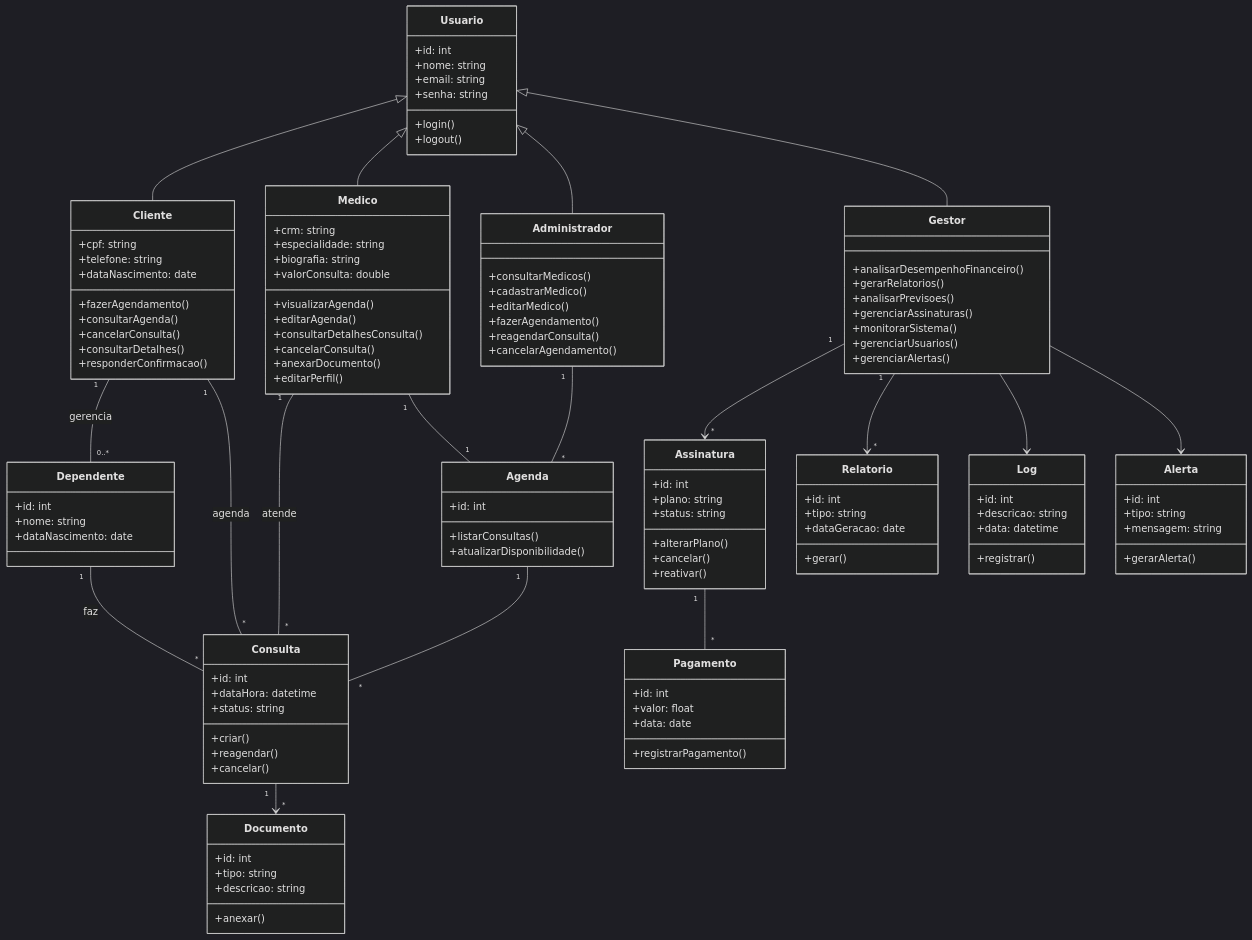
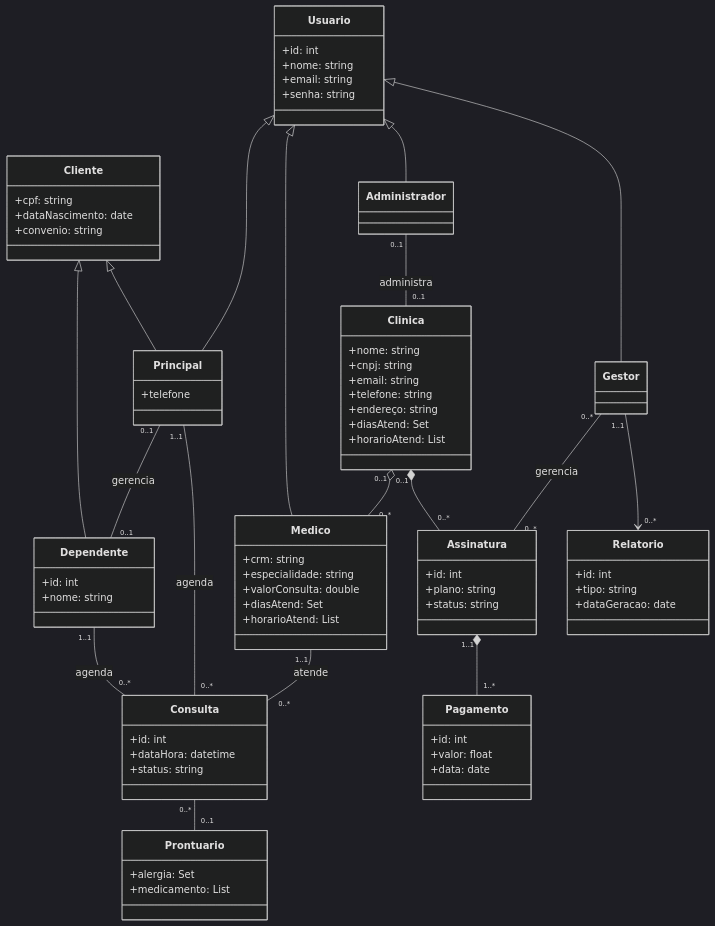
The second of 2 diagrams in README.md (InsaneCaio/eng-soft-2026-1), drawn with Mermaid (dark theme) before and after one commit. The commit also changed other lines of this file, not shown here.

Commit message:
troquei o diagrama de classes antigo pelo novo

````diff
--- a/README.md
+++ b/README.md
@@ -133,5 +133,20 @@
 ```mermaid
 classDiagram
+
+class Cliente {
+    +cpf: string
+    +dataNascimento: date
+    +convenio: string
+}
+
+class Dependente {
+    +id: int
+    +nome: string
+}
+
+Cliente <|-- Dependente
+Cliente <|-- Principal
+
 
 %% =======================
 %% USUÁRIOS (HERANÇA)
@@ -142,69 +157,58 @@
     +nome: string
     +email: string
     +senha: string
-    +login()
-    +logout()
 }
 
-class Cliente {
-    +cpf: string
-    +telefone: string
-    +dataNascimento: date
-    +fazerAgendamento()
-    +consultarAgenda()
-    +cancelarConsulta()
-    +consultarDetalhes()
-    +responderConfirmacao()
-}
-
-class Dependente {
-    +id: int
-    +nome: string
-    +dataNascimento: date
+class Principal {
+    +telefone
 }
 
 class Medico {
     +crm: string
     +especialidade: string
-    +biografia: string
     +valorConsulta: double
-    +visualizarAgenda()
-    +editarAgenda()
-    +consultarDetalhesConsulta()
-    +cancelarConsulta()
-    +anexarDocumento()
-    +editarPerfil()
+    +diasAtend: Set<string>
+    +horarioAtend: List<string>
 }
 
 class Administrador {
-    +consultarMedicos()
-    +cadastrarMedico()
-    +editarMedico()
-    +fazerAgendamento()
-    +reagendarConsulta()
-    +cancelarAgendamento()
 }
 
 class Gestor {
-    +analisarDesempenhoFinanceiro()
-    +gerarRelatorios()
-    +analisarPrevisoes()
-    +gerenciarAssinaturas()
-    +monitorarSistema()
-    +gerenciarUsuarios()
-    +gerenciarAlertas()
 }
 
-Usuario <|-- Cliente
+Usuario <|-- Principal
 Usuario <|-- Medico
 Usuario <|-- Administrador
 Usuario <|-- Gestor
 
 %% =======================
+%% CLIENTE (HERANÇA)
+%% =======================
+
+
+
+%% =======================
 %% RELAÇÃO PACIENTE - DEPENDENTE
 %% =======================
 
-Cliente "1" -- "0..*" Dependente : gerencia
+Principal "0..1" -- "0..1" Dependente : gerencia
+
+class Clinica{
+    +nome: string
+    +cnpj: string
+    +email: string
+    +telefone: string
+    +endereço: string
+    +diasAtend: Set<string>
+    +horarioAtend: List<string>
+}
+
+Administrador "0..1" -- "0..1" Clinica : administra
+Gestor "0..*" -- "0..*" Assinatura : gerencia
+Clinica "0..1" o-- "0..*" Medico
+Clinica "0..1" *-- "0..*" Assinatura
+
 
 %% =======================
 %% AGENDAMENTO
@@ -214,37 +218,24 @@
     +id: int
     +dataHora: datetime
     +status: string
-    +criar()
-    +reagendar()
-    +cancelar()
 }
 
-class Agenda {
-    +id: int
-    +listarConsultas()
-    +atualizarDisponibilidade()
+Principal "1..1" -- "0..*" Consulta : agenda
+Dependente "1..1" -- "0..*" Consulta : agenda
+Medico "1..1" -- "0..*" Consulta : atende
+
+%% =======================
+%% PRONTUÁRIO
+%% =======================
+
+class Prontuario {
+    +alergia: Set<string>
+    +medicamento: List<string>
 }
 
-Cliente "1" -- "*" Consulta : agenda
-Dependente "1" -- "*" Consulta : faz
-Medico "1" -- "*" Consulta : atende
+Consulta "0..*" -- "0..1" Prontuario
 
-Medico "1" -- "1" Agenda
-Administrador "1" -- "*" Agenda
-Agenda "1" -- "*" Consulta
 
-%% =======================
-%% DOCUMENTOS MÉDICOS
-%% =======================
-
-class Documento {
-    +id: int
-    +tipo: string
-    +descricao: string
-    +anexar()
-}
-
-Consulta "1" --> "*" Documento
 
 %% =======================
 %% ASSINATURA / FINANCEIRO
@@ -254,20 +245,15 @@
     +id: int
     +plano: string
     +status: string
-    +alterarPlano()
-    +cancelar()
-    +reativar()
 }
 
 class Pagamento {
     +id: int
     +valor: float
     +data: date
-    +registrarPagamento()
 }
 
-Assinatura "1" -- "*" Pagamento
-Gestor "1" --> "*" Assinatura
+Assinatura "1..1" *-- "1..*" Pagamento
 
 %% =======================
 %% RELATÓRIOS
@@ -277,30 +263,7 @@
     +id: int
     +tipo: string
     +dataGeracao: date
-    +gerar()
 }
 
-Gestor "1" --> "*" Relatorio
-
-%% =======================
-%% SISTEMA / MONITORAMENTO
-%% =======================
-
-class Log {
-    +id: int
-    +descricao: string
-    +data: datetime
-    +registrar()
-}
-
-class Alerta {
-    +id: int
-    +tipo: string
-    +mensagem: string
-    +gerarAlerta()
-}
-
-Gestor --> Log
-Gestor --> Alerta
-
+Gestor "1..1" --> "0..*" Relatorio
 ```
````
